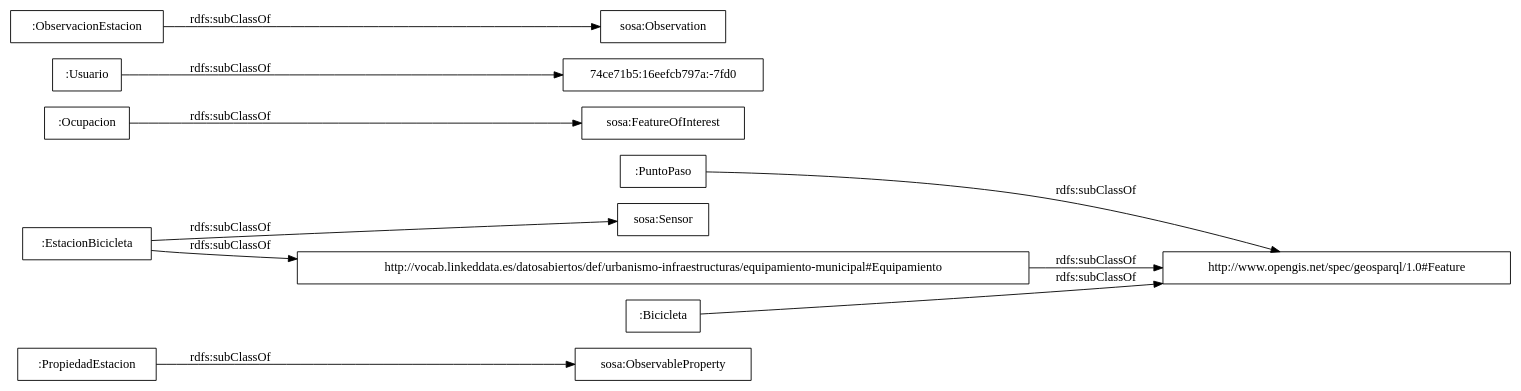
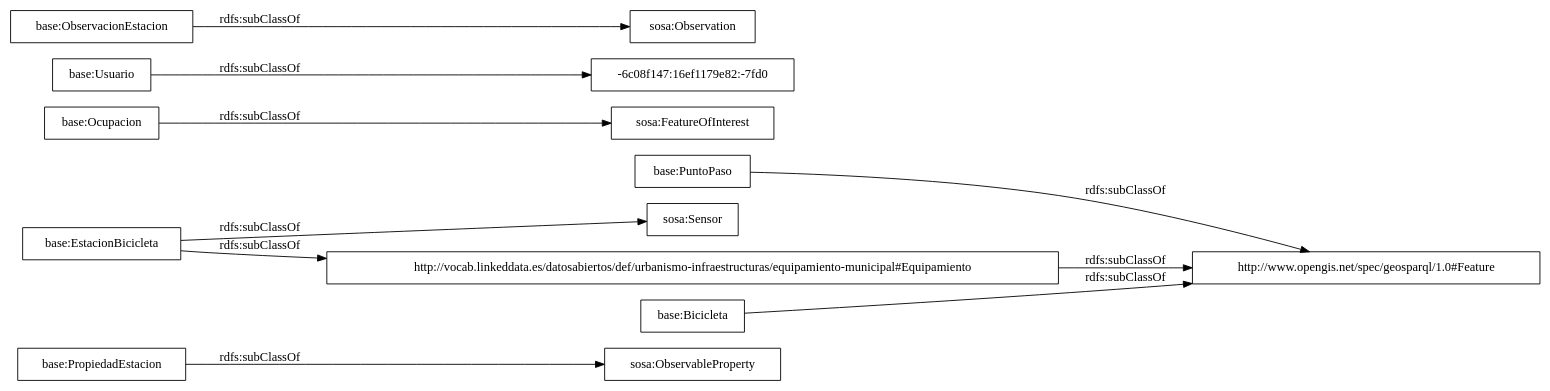
One commit to opencitydata/transporte-bici-datos-publicos changed the diagram in OnToology/Ontology/bicicleta-publica.owl/diagrams/ar2dtool-taxonomy/bicicleta-publica.owl.png.dot. Above: the diagram before and after it, drawn with Graphviz. The commit also changed 15 other files, not shown here.

```diff
--- a/OnToology/Ontology/bicicleta-publica.owl/diagrams/ar2dtool-taxonomy/bicicleta-publica.owl.png.dot
+++ b/OnToology/Ontology/bicicleta-publica.owl/diagrams/ar2dtool-taxonomy/bicicleta-publica.owl.png.dot
@@ -1,15 +1,15 @@
 digraph ar2dtool_diagram { 
 rankdir=LR;
 size="1000"
-node [shape = rectangle, color="black"]; ":PropiedadEstacion" ":PuntoPaso" "sosa:ObservableProperty" "sosa:FeatureOfInterest" ":Usuario" ":Ocupacion" "74ce71b5:16eefcb797a:-7fd0" "sosa:Observation" "sosa:Sensor" "http://vocab.linkeddata.es/datosabiertos/def/urbanismo-infraestructuras/equipamiento-municipal#Equipamiento" ":EstacionBicicleta" ":ObservacionEstacion" ":Bicicleta" "http://www.opengis.net/spec/geosparql/1.0#Feature" ; /*classes style*/
+node [shape = rectangle, color="black"]; "base:PropiedadEstacion" "base:PuntoPaso" "sosa:ObservableProperty" "sosa:FeatureOfInterest" "base:Usuario" "base:Ocupacion" "sosa:Observation" "sosa:Sensor" "http://vocab.linkeddata.es/datosabiertos/def/urbanismo-infraestructuras/equipamiento-municipal#Equipamiento" "base:EstacionBicicleta" "-6c08f147:16ef1179e82:-7fd0" "base:ObservacionEstacion" "base:Bicicleta" "http://www.opengis.net/spec/geosparql/1.0#Feature" ; /*classes style*/
 	"http://vocab.linkeddata.es/datosabiertos/def/urbanismo-infraestructuras/equipamiento-municipal#Equipamiento" -> "http://www.opengis.net/spec/geosparql/1.0#Feature" [ label = "rdfs:subClassOf" ];
-	":EstacionBicicleta" -> "http://vocab.linkeddata.es/datosabiertos/def/urbanismo-infraestructuras/equipamiento-municipal#Equipamiento" [ label = "rdfs:subClassOf" ];
-	":EstacionBicicleta" -> "sosa:Sensor" [ label = "rdfs:subClassOf" ];
-	":Usuario" -> "74ce71b5:16eefcb797a:-7fd0" [ label = "rdfs:subClassOf" ];
-	":Bicicleta" -> "http://www.opengis.net/spec/geosparql/1.0#Feature" [ label = "rdfs:subClassOf" ];
-	":PuntoPaso" -> "http://www.opengis.net/spec/geosparql/1.0#Feature" [ label = "rdfs:subClassOf" ];
-	":Ocupacion" -> "sosa:FeatureOfInterest" [ label = "rdfs:subClassOf" ];
-	":PropiedadEstacion" -> "sosa:ObservableProperty" [ label = "rdfs:subClassOf" ];
-	":ObservacionEstacion" -> "sosa:Observation" [ label = "rdfs:subClassOf" ];
+	"base:EstacionBicicleta" -> "http://vocab.linkeddata.es/datosabiertos/def/urbanismo-infraestructuras/equipamiento-municipal#Equipamiento" [ label = "rdfs:subClassOf" ];
+	"base:EstacionBicicleta" -> "sosa:Sensor" [ label = "rdfs:subClassOf" ];
+	"base:Usuario" -> "-6c08f147:16ef1179e82:-7fd0" [ label = "rdfs:subClassOf" ];
+	"base:Bicicleta" -> "http://www.opengis.net/spec/geosparql/1.0#Feature" [ label = "rdfs:subClassOf" ];
+	"base:PuntoPaso" -> "http://www.opengis.net/spec/geosparql/1.0#Feature" [ label = "rdfs:subClassOf" ];
+	"base:Ocupacion" -> "sosa:FeatureOfInterest" [ label = "rdfs:subClassOf" ];
+	"base:PropiedadEstacion" -> "sosa:ObservableProperty" [ label = "rdfs:subClassOf" ];
+	"base:ObservacionEstacion" -> "sosa:Observation" [ label = "rdfs:subClassOf" ];
 
 }
```
